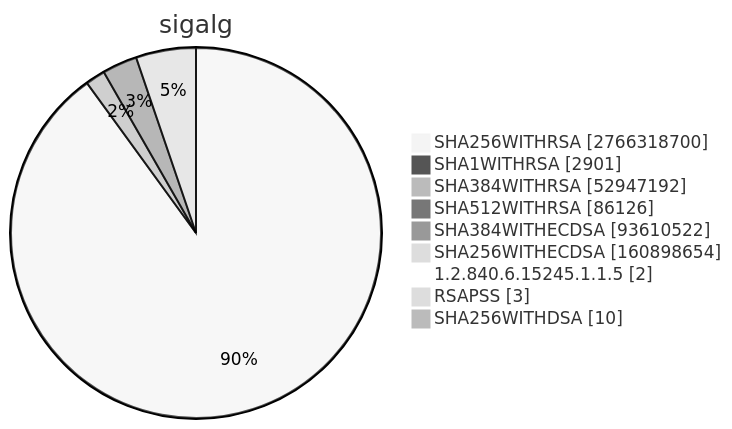
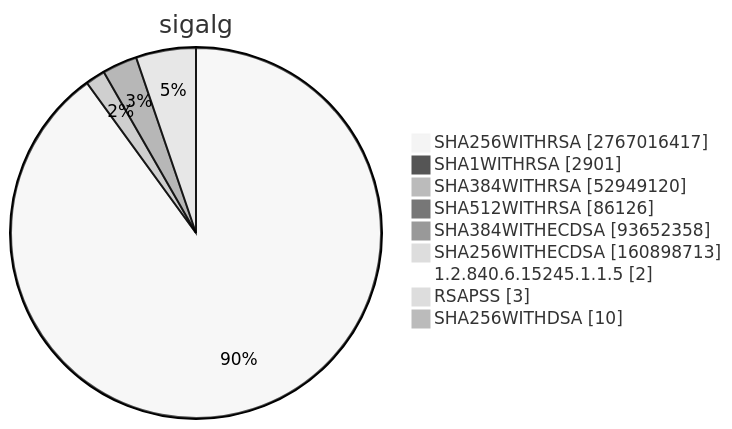
Diagram 15 of 15 in TOTAL/README.md (christiankrug/ctmonitor_visualization), drawn with Mermaid (neutral theme) before and after one commit. The commit also changed other lines of this file, not shown here.

````diff
--- a/TOTAL/README.md
+++ b/TOTAL/README.md
@@ -6207,13 +6207,13 @@
 ```mermaid
 pie showData
 title sigalg
-"SHA256WITHRSA" :2766318700
+"SHA256WITHRSA" :2767016417
 "SHA1WITHRSA" :2901
-"SHA384WITHRSA" :52947192
+"SHA384WITHRSA" :52949120
 "SHA512WITHRSA" :86126
-"SHA384WITHECDSA" :93610522
-"SHA256WITHECDSA" :160898654
+"SHA384WITHECDSA" :93652358
+"SHA256WITHECDSA" :160898713
 "1.2.840.6.15245.1.1.5" :2
 "RSAPSS" :3
 "SHA256WITHDSA" :10
 ```
````
